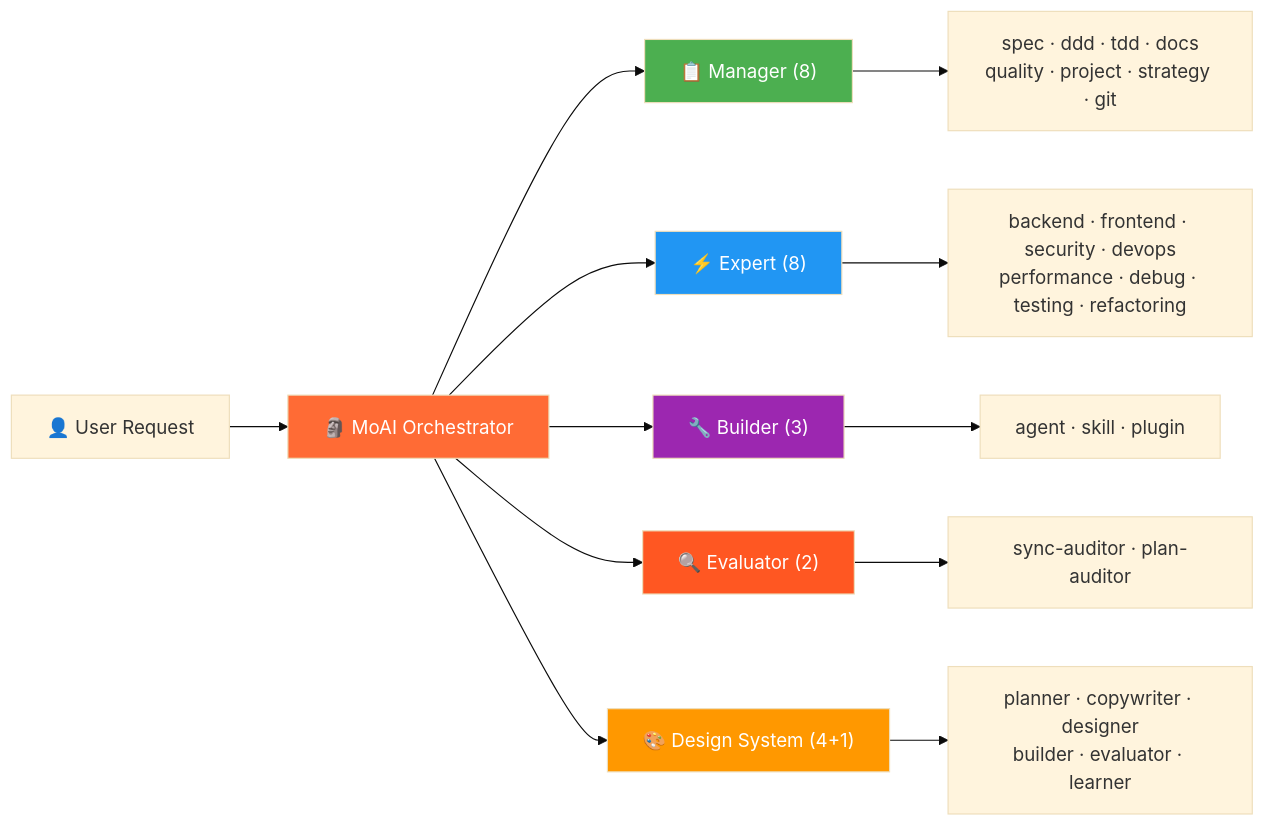
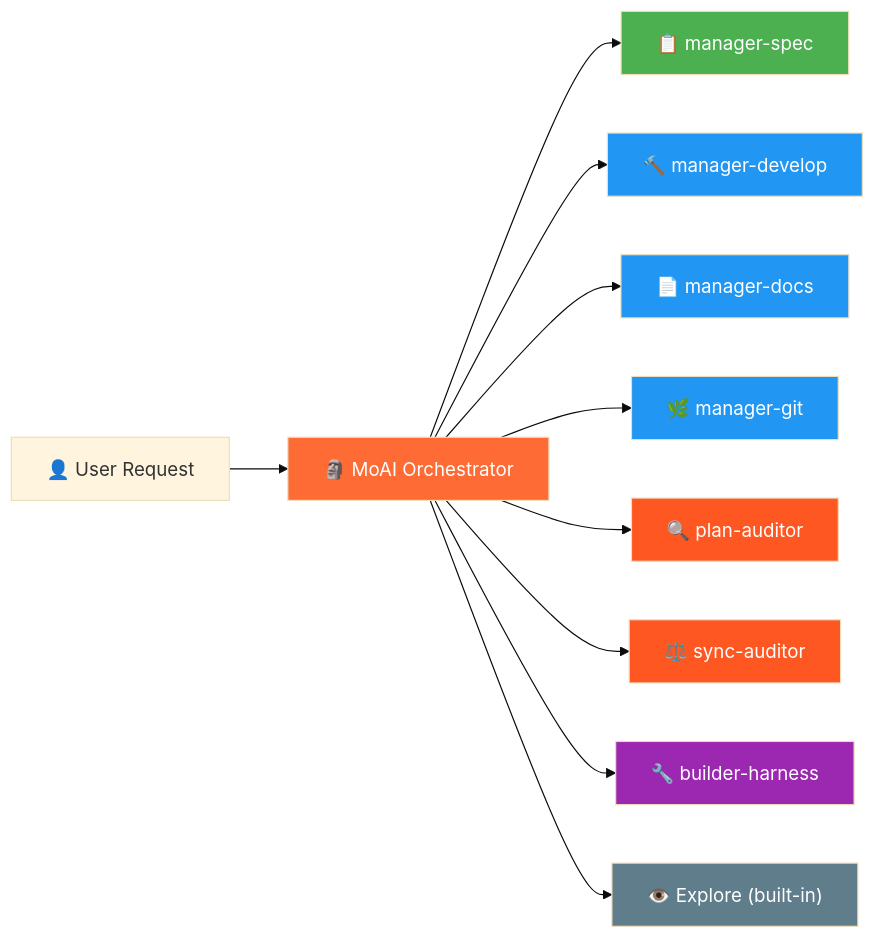
Before and after one commit to modu-ai/moai-adk: the third of 10 diagrams in README.md, drawn with Mermaid (base theme). The commit also changed other lines of this file, not shown here.

First line of the commit message:
docs(SPEC-V3R6-DOCS-RC2-README-001): M2 README.md Mermaid + /moai db + expert-frontend + lifecycle note

````diff
--- a/README.md
+++ b/README.md
@@ -268,23 +268,23 @@
 ```mermaid
 graph LR
     U["👤 User Request"] --> M["🗿 MoAI Orchestrator"]
 
-    M --> MG["📋 Manager (8)"]
-    M --> EX["⚡ Expert (8)"]
-    M --> BL["🔧 Builder (3)"]
-    M --> EV["🔍 Evaluator (2)"]
-    M --> AG["🎨 Design System (4+1)"]
-
-    MG --> MG1["spec · ddd · tdd · docs<br/>quality · project · strategy · git"]
-    EX --> EX1["backend · frontend · security · devops<br/>performance · debug · testing · refactoring"]
-    BL --> BL1["agent · skill · plugin"]
-    EV --> EV1["sync-auditor · plan-auditor"]
-    AG --> AG1["planner · copywriter · designer<br/>builder · evaluator · learner"]
+    M --> MS["📋 manager-spec"]
+    M --> MD["🔨 manager-develop"]
+    M --> MDoc["📄 manager-docs"]
+    M --> MG["🌿 manager-git"]
+    M --> PA["🔍 plan-auditor"]
+    M --> SA["⚖️ sync-auditor"]
+    M --> BH["🔧 builder-harness"]
+    M --> EX["👁️ Explore (built-in)"]
 
     style M fill:#FF6B35,color:#fff
-    style MG fill:#4CAF50,color:#fff
-    style EX fill:#2196F3,color:#fff
-    style BL fill:#9C27B0,color:#fff
-    style EV fill:#FF5722,color:#fff
-    style AG fill:#FF9800,color:#fff
+    style MS fill:#4CAF50,color:#fff
+    style MD fill:#2196F3,color:#fff
+    style MDoc fill:#2196F3,color:#fff
+    style MG fill:#2196F3,color:#fff
+    style PA fill:#FF5722,color:#fff
+    style SA fill:#FF5722,color:#fff
+    style BH fill:#9C27B0,color:#fff
+    style EX fill:#607D8B,color:#fff
 ```
````
